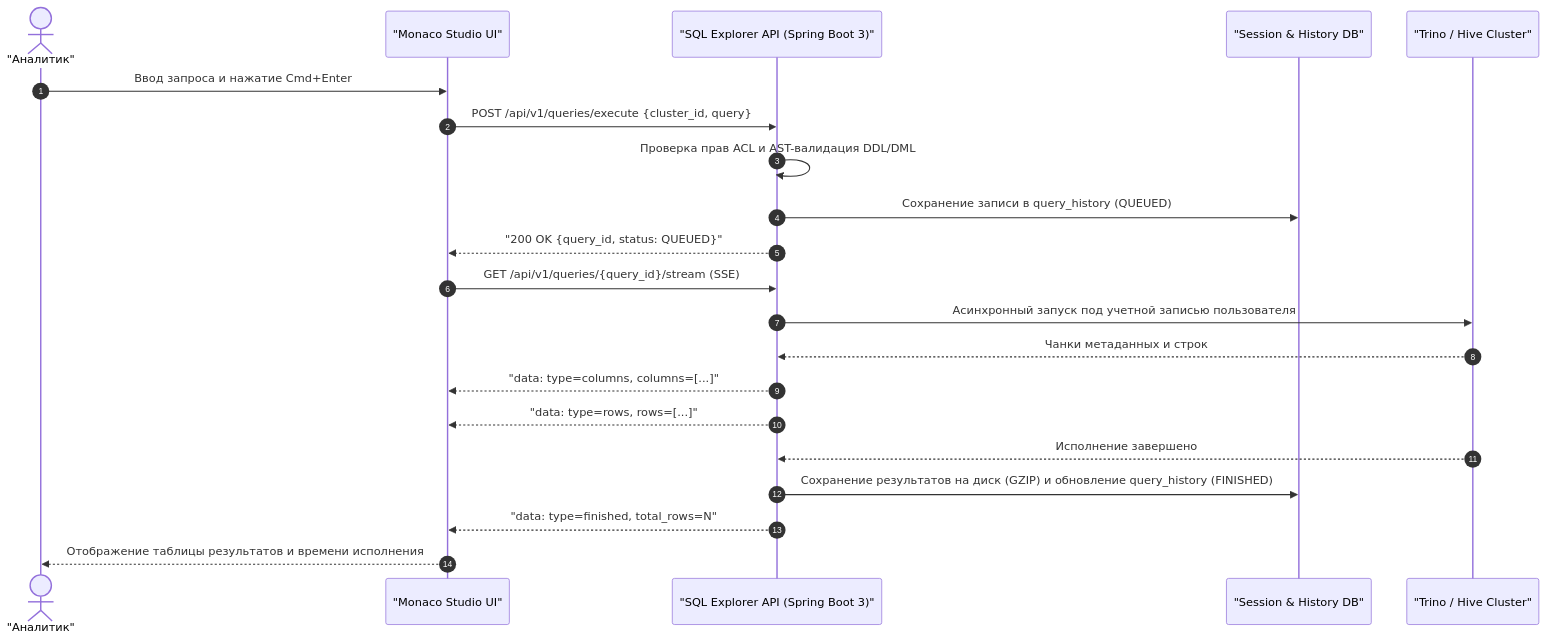
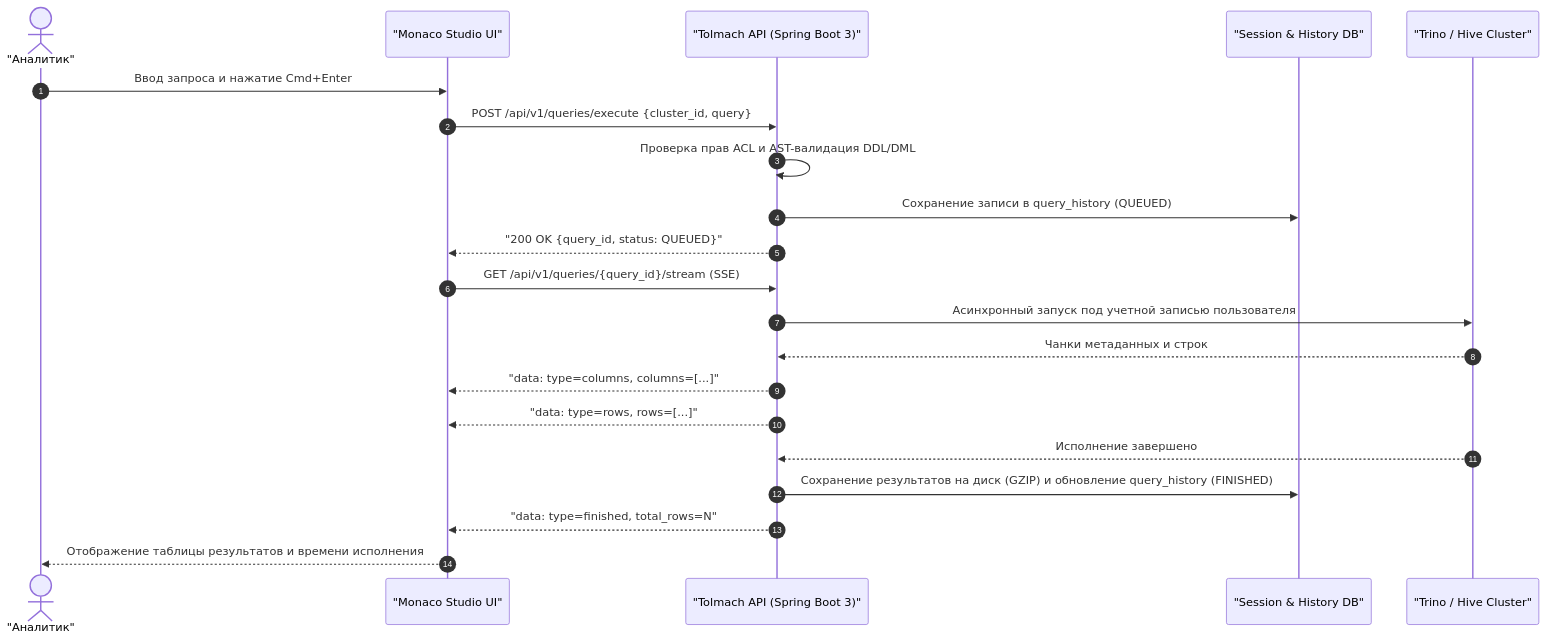
The second of 2 diagrams in docs/sql-user-guide.md (balookrd/hadoop-explorer), drawn with Mermaid before and after one commit. The commit also changed other lines of this file and 288 other files, not shown here.

Commit message:
refactor!: rename SQL Explorer service to Tolmach

````diff
--- a/docs/sql-user-guide.md
+++ b/docs/sql-user-guide.md
@@ -68,25 +68,25 @@
 ```mermaid
 sequenceDiagram
     autonumber
     actor U as "Аналитик"
     participant UI as "Monaco Studio UI"
-    participant BE as "SQL Explorer API (Spring Boot 3)"
+    participant BE as "Tolmach API (Spring Boot 3)"
     participant DB as "Session & History DB"
     participant ENG as "Trino / Hive Cluster"
 
     U->>UI: Ввод запроса и нажатие Cmd+Enter
     UI->>BE: POST /api/v1/queries/execute {cluster_id, query}
     BE->>BE: Проверка прав ACL и AST-валидация DDL/DML
     BE->>DB: Сохранение записи в query_history (QUEUED)
     BE-->>UI: "200 OK {query_id, status: QUEUED}"
 
     UI->>BE: GET /api/v1/queries/{query_id}/stream (SSE)
     BE->>ENG: Асинхронный запуск под учетной записью пользователя
     ENG-->>BE: Чанки метаданных и строк
     BE-->>UI: "data: type=columns, columns=[...]"
     BE-->>UI: "data: type=rows, rows=[...]"
     ENG-->>BE: Исполнение завершено
     BE->>DB: Сохранение результатов на диск (GZIP) и обновление query_history (FINISHED)
     BE-->>UI: "data: type=finished, total_rows=N"
     UI-->>U: Отображение таблицы результатов и времени исполнения
 ```
````
